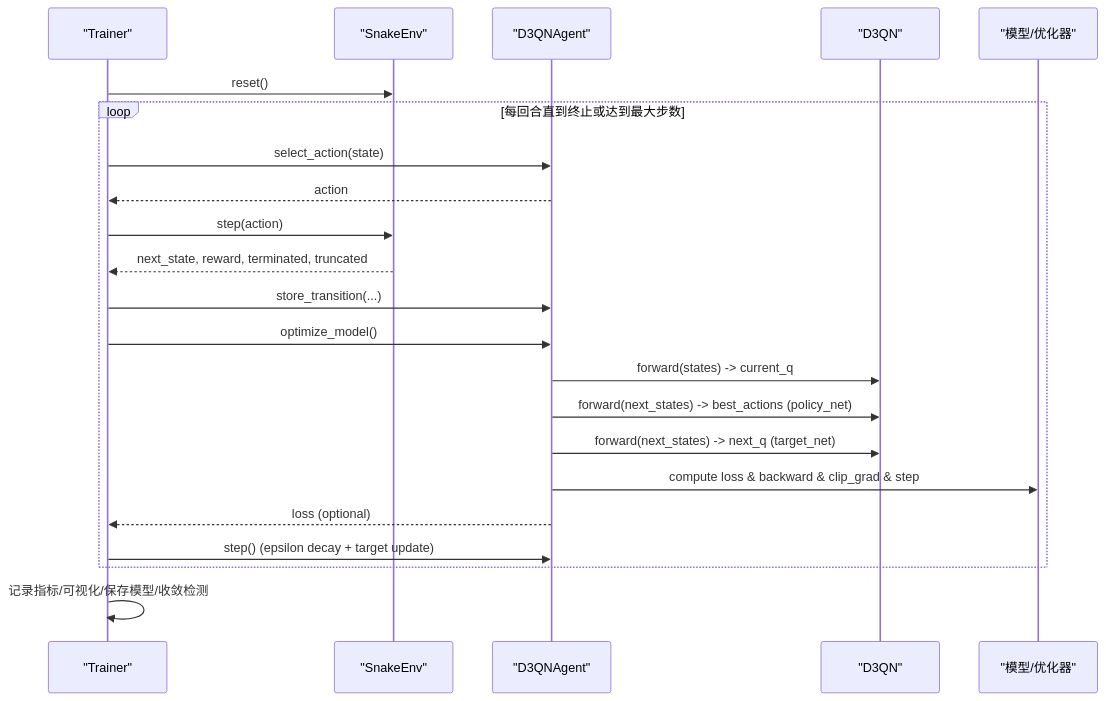
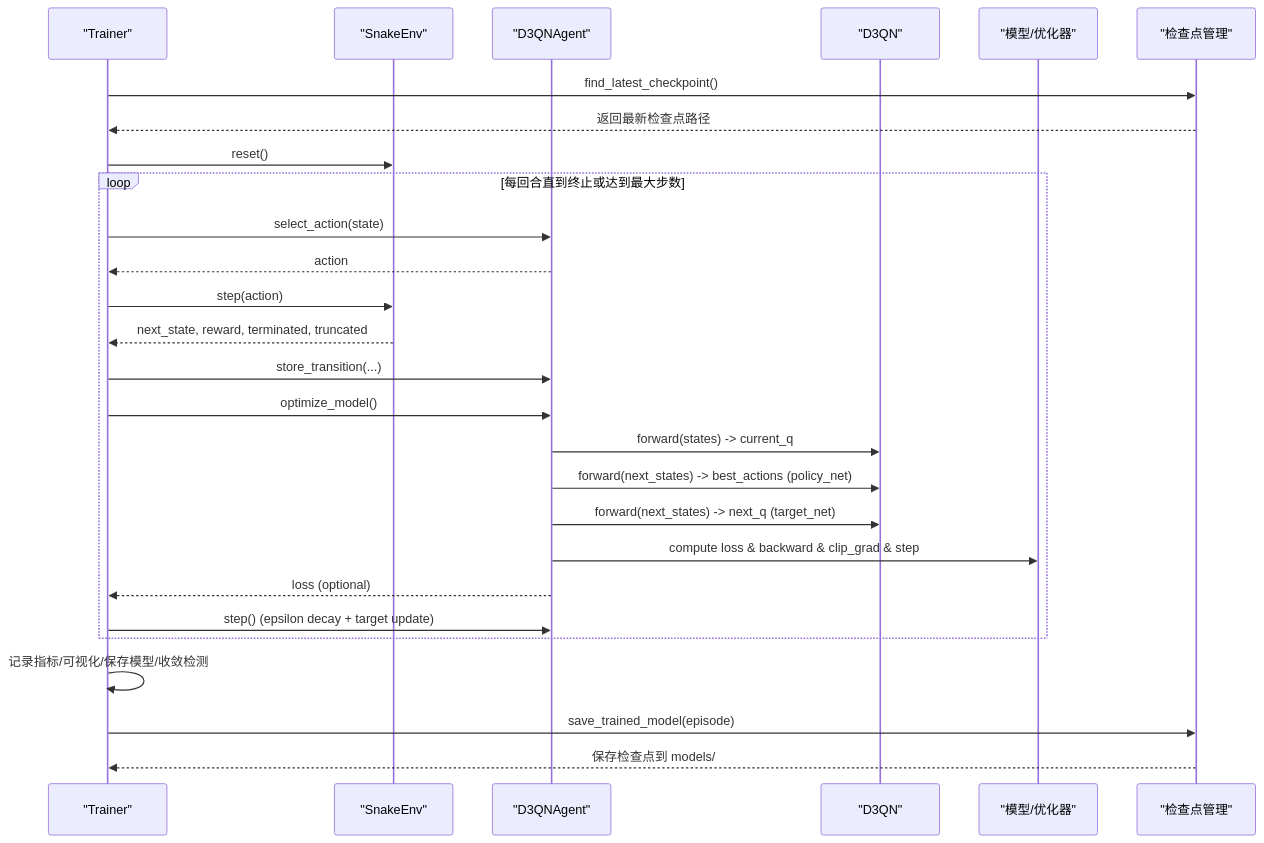
Before and after one commit to fuweiq94-cloud/3399180760000: the second of 8 diagrams in .qoder/repowiki/zh/content/训练系统.md, drawn with Mermaid. The commit also changed other lines of this file and 146 other files, not shown here.

````diff
--- a/.qoder/repowiki/zh/content/训练系统.md
+++ b/.qoder/repowiki/zh/content/训练系统.md
@@ -90,24 +109,29 @@
 ```mermaid
 sequenceDiagram
 participant T as "Trainer"
 participant E as "SnakeEnv"
 participant A as "D3QNAgent"
 participant N as "D3QN"
 participant M as "模型/优化器"
+participant C as "检查点管理"
+T->>C : find_latest_checkpoint()
+C-->>T : 返回最新检查点路径
 T->>E : reset()
 loop 每回合直到终止或达到最大步数
 T->>A : select_action(state)
 A-->>T : action
 T->>E : step(action)
 E-->>T : next_state, reward, terminated, truncated
 T->>A : store_transition(...)
 T->>A : optimize_model()
 A->>N : forward(states) -> current_q
 A->>N : forward(next_states) -> best_actions (policy_net)
 A->>N : forward(next_states) -> next_q (target_net)
 A->>M : compute loss & backward & clip_grad & step
 A-->>T : loss (optional)
 T->>A : step() (epsilon decay + target update)
 end
 T->>T : 记录指标/可视化/保存模型/收敛检测
+T->>C : save_trained_model(episode)
+C-->>T : 保存检查点到 models/
 ```
````
